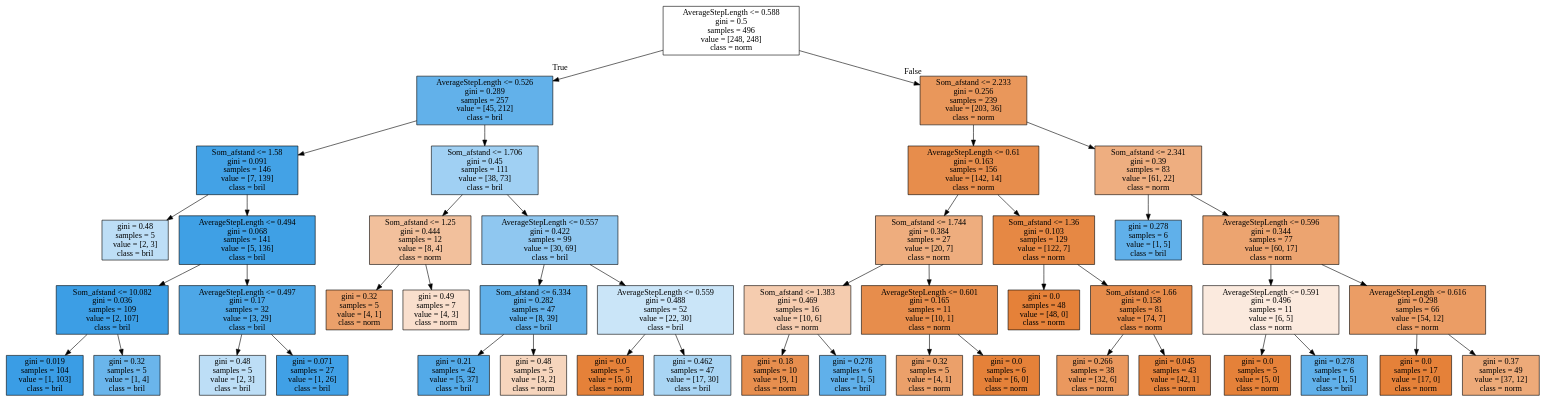
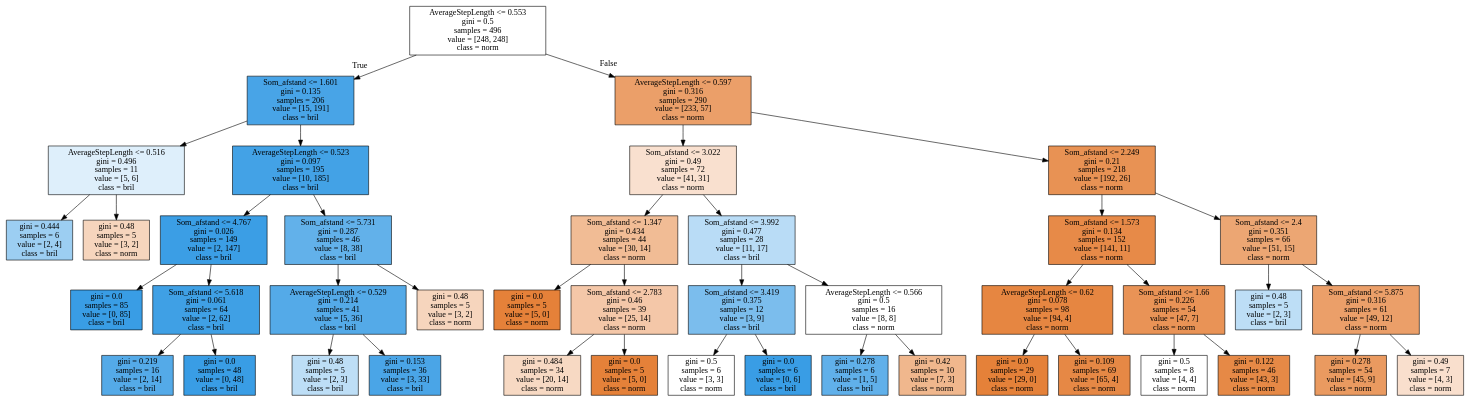
Before and after one commit to VivienvV/fallrisk: the diagram in Machine_learning/tree.dot, drawn with Graphviz. The commit also changed 4 other files, not shown here.

```diff
--- a/Machine_learning/tree.dot
+++ b/Machine_learning/tree.dot
@@ -1,92 +1,88 @@
 digraph Tree {
 node [shape=box, style="filled", color="black"] ;
-0 [label="AverageStepLength <= 0.588\ngini = 0.5\nsamples = 496\nvalue = [248, 248]\nclass = norm", fillcolor="#e5813900"] ;
-1 [label="AverageStepLength <= 0.526\ngini = 0.289\nsamples = 257\nvalue = [45, 212]\nclass = bril", fillcolor="#399de5c9"] ;
+0 [label="AverageStepLength <= 0.553\ngini = 0.5\nsamples = 496\nvalue = [248, 248]\nclass = norm", fillcolor="#e5813900"] ;
+1 [label="Som_afstand <= 1.601\ngini = 0.135\nsamples = 206\nvalue = [15, 191]\nclass = bril", fillcolor="#399de5eb"] ;
 0 -> 1 [labeldistance=2.5, labelangle=45, headlabel="True"] ;
-2 [label="Som_afstand <= 1.58\ngini = 0.091\nsamples = 146\nvalue = [7, 139]\nclass = bril", fillcolor="#399de5f2"] ;
+2 [label="AverageStepLength <= 0.516\ngini = 0.496\nsamples = 11\nvalue = [5, 6]\nclass = bril", fillcolor="#399de52a"] ;
 1 -> 2 ;
-3 [label="gini = 0.48\nsamples = 5\nvalue = [2, 3]\nclass = bril", fillcolor="#399de555"] ;
+3 [label="gini = 0.444\nsamples = 6\nvalue = [2, 4]\nclass = bril", fillcolor="#399de57f"] ;
 2 -> 3 ;
-4 [label="AverageStepLength <= 0.494\ngini = 0.068\nsamples = 141\nvalue = [5, 136]\nclass = bril", fillcolor="#399de5f6"] ;
+4 [label="gini = 0.48\nsamples = 5\nvalue = [3, 2]\nclass = norm", fillcolor="#e5813955"] ;
 2 -> 4 ;
-5 [label="Som_afstand <= 10.082\ngini = 0.036\nsamples = 109\nvalue = [2, 107]\nclass = bril", fillcolor="#399de5fa"] ;
-4 -> 5 ;
-6 [label="gini = 0.019\nsamples = 104\nvalue = [1, 103]\nclass = bril", fillcolor="#399de5fd"] ;
+5 [label="AverageStepLength <= 0.523\ngini = 0.097\nsamples = 195\nvalue = [10, 185]\nclass = bril", fillcolor="#399de5f1"] ;
+1 -> 5 ;
+6 [label="Som_afstand <= 4.767\ngini = 0.026\nsamples = 149\nvalue = [2, 147]\nclass = bril", fillcolor="#399de5fc"] ;
 5 -> 6 ;
-7 [label="gini = 0.32\nsamples = 5\nvalue = [1, 4]\nclass = bril", fillcolor="#399de5bf"] ;
-5 -> 7 ;
-8 [label="AverageStepLength <= 0.497\ngini = 0.17\nsamples = 32\nvalue = [3, 29]\nclass = bril", fillcolor="#399de5e5"] ;
-4 -> 8 ;
-9 [label="gini = 0.48\nsamples = 5\nvalue = [2, 3]\nclass = bril", fillcolor="#399de555"] ;
+7 [label="gini = 0.0\nsamples = 85\nvalue = [0, 85]\nclass = bril", fillcolor="#399de5ff"] ;
+6 -> 7 ;
+8 [label="Som_afstand <= 5.618\ngini = 0.061\nsamples = 64\nvalue = [2, 62]\nclass = bril", fillcolor="#399de5f7"] ;
+6 -> 8 ;
+9 [label="gini = 0.219\nsamples = 16\nvalue = [2, 14]\nclass = bril", fillcolor="#399de5db"] ;
 8 -> 9 ;
-10 [label="gini = 0.071\nsamples = 27\nvalue = [1, 26]\nclass = bril", fillcolor="#399de5f5"] ;
+10 [label="gini = 0.0\nsamples = 48\nvalue = [0, 48]\nclass = bril", fillcolor="#399de5ff"] ;
 8 -> 10 ;
-11 [label="Som_afstand <= 1.706\ngini = 0.45\nsamples = 111\nvalue = [38, 73]\nclass = bril", fillcolor="#399de57a"] ;
-1 -> 11 ;
-12 [label="Som_afstand <= 1.25\ngini = 0.444\nsamples = 12\nvalue = [8, 4]\nclass = norm", fillcolor="#e581397f"] ;
+11 [label="Som_afstand <= 5.731\ngini = 0.287\nsamples = 46\nvalue = [8, 38]\nclass = bril", fillcolor="#399de5c9"] ;
+5 -> 11 ;
+12 [label="AverageStepLength <= 0.529\ngini = 0.214\nsamples = 41\nvalue = [5, 36]\nclass = bril", fillcolor="#399de5dc"] ;
 11 -> 12 ;
-13 [label="gini = 0.32\nsamples = 5\nvalue = [4, 1]\nclass = norm", fillcolor="#e58139bf"] ;
+13 [label="gini = 0.48\nsamples = 5\nvalue = [2, 3]\nclass = bril", fillcolor="#399de555"] ;
 12 -> 13 ;
-14 [label="gini = 0.49\nsamples = 7\nvalue = [4, 3]\nclass = norm", fillcolor="#e5813940"] ;
+14 [label="gini = 0.153\nsamples = 36\nvalue = [3, 33]\nclass = bril", fillcolor="#399de5e8"] ;
 12 -> 14 ;
-15 [label="AverageStepLength <= 0.557\ngini = 0.422\nsamples = 99\nvalue = [30, 69]\nclass = bril", fillcolor="#399de590"] ;
+15 [label="gini = 0.48\nsamples = 5\nvalue = [3, 2]\nclass = norm", fillcolor="#e5813955"] ;
 11 -> 15 ;
-16 [label="Som_afstand <= 6.334\ngini = 0.282\nsamples = 47\nvalue = [8, 39]\nclass = bril", fillcolor="#399de5cb"] ;
-15 -> 16 ;
-17 [label="gini = 0.21\nsamples = 42\nvalue = [5, 37]\nclass = bril", fillcolor="#399de5dd"] ;
+16 [label="AverageStepLength <= 0.597\ngini = 0.316\nsamples = 290\nvalue = [233, 57]\nclass = norm", fillcolor="#e58139c1"] ;
+0 -> 16 [labeldistance=2.5, labelangle=-45, headlabel="False"] ;
+17 [label="Som_afstand <= 3.022\ngini = 0.49\nsamples = 72\nvalue = [41, 31]\nclass = norm", fillcolor="#e581393e"] ;
 16 -> 17 ;
-18 [label="gini = 0.48\nsamples = 5\nvalue = [3, 2]\nclass = norm", fillcolor="#e5813955"] ;
-16 -> 18 ;
-19 [label="AverageStepLength <= 0.559\ngini = 0.488\nsamples = 52\nvalue = [22, 30]\nclass = bril", fillcolor="#399de544"] ;
-15 -> 19 ;
-20 [label="gini = 0.0\nsamples = 5\nvalue = [5, 0]\nclass = norm", fillcolor="#e58139ff"] ;
-19 -> 20 ;
-21 [label="gini = 0.462\nsamples = 47\nvalue = [17, 30]\nclass = bril", fillcolor="#399de56e"] ;
-19 -> 21 ;
-22 [label="Som_afstand <= 2.233\ngini = 0.256\nsamples = 239\nvalue = [203, 36]\nclass = norm", fillcolor="#e58139d2"] ;
-0 -> 22 [labeldistance=2.5, labelangle=-45, headlabel="False"] ;
-23 [label="AverageStepLength <= 0.61\ngini = 0.163\nsamples = 156\nvalue = [142, 14]\nclass = norm", fillcolor="#e58139e6"] ;
-22 -> 23 ;
-24 [label="Som_afstand <= 1.744\ngini = 0.384\nsamples = 27\nvalue = [20, 7]\nclass = norm", fillcolor="#e58139a6"] ;
+18 [label="Som_afstand <= 1.347\ngini = 0.434\nsamples = 44\nvalue = [30, 14]\nclass = norm", fillcolor="#e5813988"] ;
+17 -> 18 ;
+19 [label="gini = 0.0\nsamples = 5\nvalue = [5, 0]\nclass = norm", fillcolor="#e58139ff"] ;
+18 -> 19 ;
+20 [label="Som_afstand <= 2.783\ngini = 0.46\nsamples = 39\nvalue = [25, 14]\nclass = norm", fillcolor="#e5813970"] ;
+18 -> 20 ;
+21 [label="gini = 0.484\nsamples = 34\nvalue = [20, 14]\nclass = norm", fillcolor="#e581394d"] ;
+20 -> 21 ;
+22 [label="gini = 0.0\nsamples = 5\nvalue = [5, 0]\nclass = norm", fillcolor="#e58139ff"] ;
+20 -> 22 ;
+23 [label="Som_afstand <= 3.992\ngini = 0.477\nsamples = 28\nvalue = [11, 17]\nclass = bril", fillcolor="#399de55a"] ;
+17 -> 23 ;
+24 [label="Som_afstand <= 3.419\ngini = 0.375\nsamples = 12\nvalue = [3, 9]\nclass = bril", fillcolor="#399de5aa"] ;
 23 -> 24 ;
-25 [label="Som_afstand <= 1.383\ngini = 0.469\nsamples = 16\nvalue = [10, 6]\nclass = norm", fillcolor="#e5813966"] ;
+25 [label="gini = 0.5\nsamples = 6\nvalue = [3, 3]\nclass = norm", fillcolor="#e5813900"] ;
 24 -> 25 ;
-26 [label="gini = 0.18\nsamples = 10\nvalue = [9, 1]\nclass = norm", fillcolor="#e58139e3"] ;
-25 -> 26 ;
-27 [label="gini = 0.278\nsamples = 6\nvalue = [1, 5]\nclass = bril", fillcolor="#399de5cc"] ;
-25 -> 27 ;
-28 [label="AverageStepLength <= 0.601\ngini = 0.165\nsamples = 11\nvalue = [10, 1]\nclass = norm", fillcolor="#e58139e6"] ;
-24 -> 28 ;
-29 [label="gini = 0.32\nsamples = 5\nvalue = [4, 1]\nclass = norm", fillcolor="#e58139bf"] ;
-28 -> 29 ;
-30 [label="gini = 0.0\nsamples = 6\nvalue = [6, 0]\nclass = norm", fillcolor="#e58139ff"] ;
-28 -> 30 ;
-31 [label="Som_afstand <= 1.36\ngini = 0.103\nsamples = 129\nvalue = [122, 7]\nclass = norm", fillcolor="#e58139f0"] ;
-23 -> 31 ;
-32 [label="gini = 0.0\nsamples = 48\nvalue = [48, 0]\nclass = norm", fillcolor="#e58139ff"] ;
+26 [label="gini = 0.0\nsamples = 6\nvalue = [0, 6]\nclass = bril", fillcolor="#399de5ff"] ;
+24 -> 26 ;
+27 [label="AverageStepLength <= 0.566\ngini = 0.5\nsamples = 16\nvalue = [8, 8]\nclass = norm", fillcolor="#e5813900"] ;
+23 -> 27 ;
+28 [label="gini = 0.278\nsamples = 6\nvalue = [1, 5]\nclass = bril", fillcolor="#399de5cc"] ;
+27 -> 28 ;
+29 [label="gini = 0.42\nsamples = 10\nvalue = [7, 3]\nclass = norm", fillcolor="#e5813992"] ;
+27 -> 29 ;
+30 [label="Som_afstand <= 2.249\ngini = 0.21\nsamples = 218\nvalue = [192, 26]\nclass = norm", fillcolor="#e58139dc"] ;
+16 -> 30 ;
+31 [label="Som_afstand <= 1.573\ngini = 0.134\nsamples = 152\nvalue = [141, 11]\nclass = norm", fillcolor="#e58139eb"] ;
+30 -> 31 ;
+32 [label="AverageStepLength <= 0.62\ngini = 0.078\nsamples = 98\nvalue = [94, 4]\nclass = norm", fillcolor="#e58139f4"] ;
 31 -> 32 ;
-33 [label="Som_afstand <= 1.66\ngini = 0.158\nsamples = 81\nvalue = [74, 7]\nclass = norm", fillcolor="#e58139e7"] ;
-31 -> 33 ;
-34 [label="gini = 0.266\nsamples = 38\nvalue = [32, 6]\nclass = norm", fillcolor="#e58139cf"] ;
-33 -> 34 ;
-35 [label="gini = 0.045\nsamples = 43\nvalue = [42, 1]\nclass = norm", fillcolor="#e58139f9"] ;
-33 -> 35 ;
-36 [label="Som_afstand <= 2.341\ngini = 0.39\nsamples = 83\nvalue = [61, 22]\nclass = norm", fillcolor="#e58139a3"] ;
-22 -> 36 ;
-37 [label="gini = 0.278\nsamples = 6\nvalue = [1, 5]\nclass = bril", fillcolor="#399de5cc"] ;
-36 -> 37 ;
-38 [label="AverageStepLength <= 0.596\ngini = 0.344\nsamples = 77\nvalue = [60, 17]\nclass = norm", fillcolor="#e58139b7"] ;
-36 -> 38 ;
-39 [label="AverageStepLength <= 0.591\ngini = 0.496\nsamples = 11\nvalue = [6, 5]\nclass = norm", fillcolor="#e581392a"] ;
+33 [label="gini = 0.0\nsamples = 29\nvalue = [29, 0]\nclass = norm", fillcolor="#e58139ff"] ;
+32 -> 33 ;
+34 [label="gini = 0.109\nsamples = 69\nvalue = [65, 4]\nclass = norm", fillcolor="#e58139ef"] ;
+32 -> 34 ;
+35 [label="Som_afstand <= 1.66\ngini = 0.226\nsamples = 54\nvalue = [47, 7]\nclass = norm", fillcolor="#e58139d9"] ;
+31 -> 35 ;
+36 [label="gini = 0.5\nsamples = 8\nvalue = [4, 4]\nclass = norm", fillcolor="#e5813900"] ;
+35 -> 36 ;
+37 [label="gini = 0.122\nsamples = 46\nvalue = [43, 3]\nclass = norm", fillcolor="#e58139ed"] ;
+35 -> 37 ;
+38 [label="Som_afstand <= 2.4\ngini = 0.351\nsamples = 66\nvalue = [51, 15]\nclass = norm", fillcolor="#e58139b4"] ;
+30 -> 38 ;
+39 [label="gini = 0.48\nsamples = 5\nvalue = [2, 3]\nclass = bril", fillcolor="#399de555"] ;
 38 -> 39 ;
-40 [label="gini = 0.0\nsamples = 5\nvalue = [5, 0]\nclass = norm", fillcolor="#e58139ff"] ;
-39 -> 40 ;
-41 [label="gini = 0.278\nsamples = 6\nvalue = [1, 5]\nclass = bril", fillcolor="#399de5cc"] ;
-39 -> 41 ;
-42 [label="AverageStepLength <= 0.616\ngini = 0.298\nsamples = 66\nvalue = [54, 12]\nclass = norm", fillcolor="#e58139c6"] ;
-38 -> 42 ;
-43 [label="gini = 0.0\nsamples = 17\nvalue = [17, 0]\nclass = norm", fillcolor="#e58139ff"] ;
-42 -> 43 ;
-44 [label="gini = 0.37\nsamples = 49\nvalue = [37, 12]\nclass = norm", fillcolor="#e58139ac"] ;
-42 -> 44 ;
+40 [label="Som_afstand <= 5.875\ngini = 0.316\nsamples = 61\nvalue = [49, 12]\nclass = norm", fillcolor="#e58139c1"] ;
+38 -> 40 ;
+41 [label="gini = 0.278\nsamples = 54\nvalue = [45, 9]\nclass = norm", fillcolor="#e58139cc"] ;
+40 -> 41 ;
+42 [label="gini = 0.49\nsamples = 7\nvalue = [4, 3]\nclass = norm", fillcolor="#e5813940"] ;
+40 -> 42 ;
 }
```
